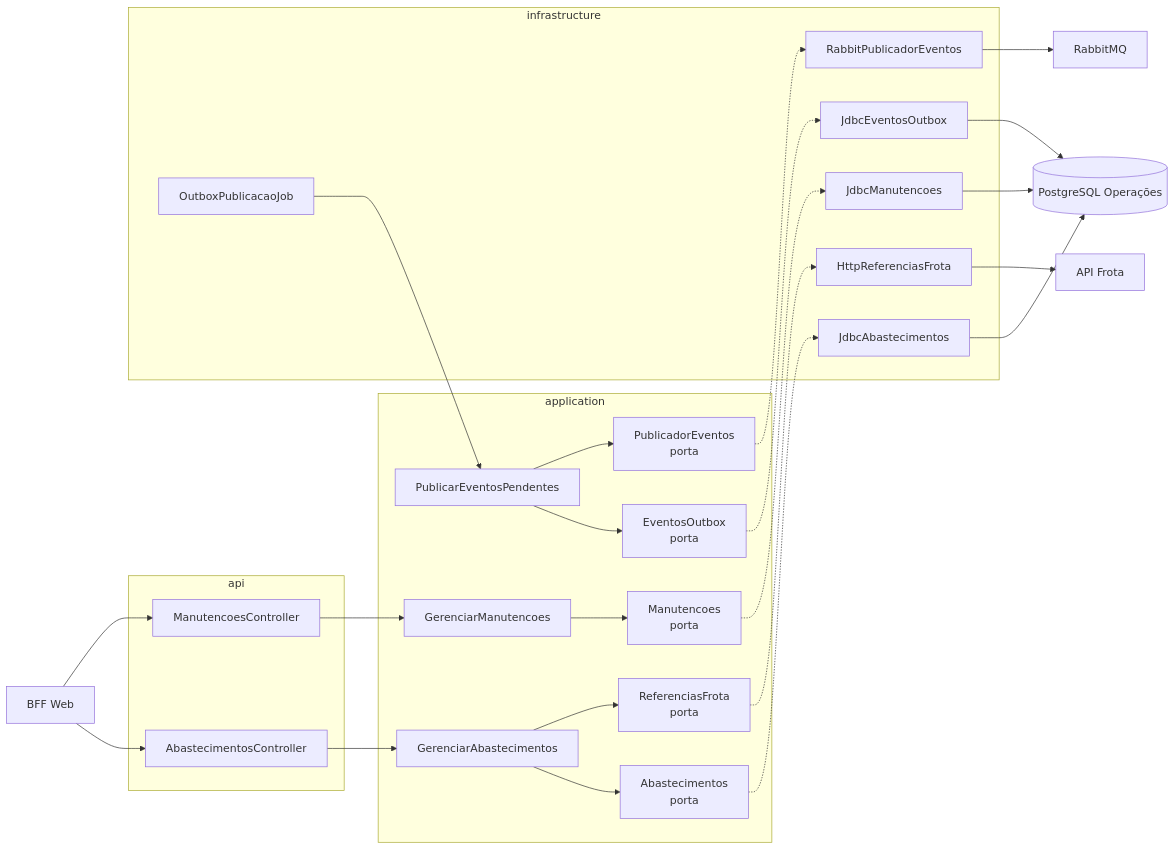
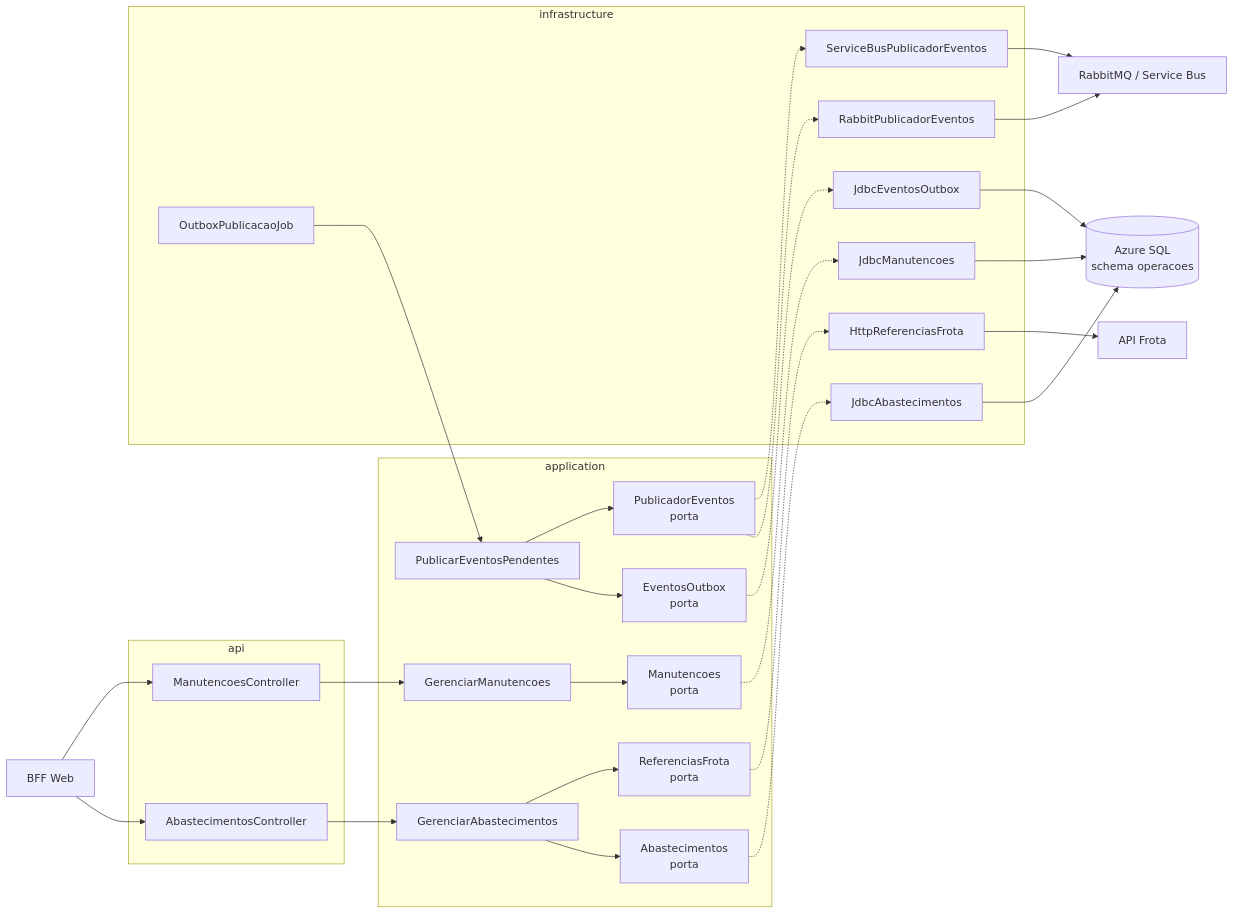
Before and after one commit to mateusblm/nexfleet: the third of 14 diagrams in docs/DIAGRAMAS-ARQUITETURA.md, drawn with Mermaid. The commit also changed other lines of this file, not shown here.

Commit message:
Diagramas da v1.0.0: Frota no MongoDB, demais serviços no Azure SQL por schema e visão consolidada

````diff
--- a/docs/DIAGRAMAS-ARQUITETURA.md
+++ b/docs/DIAGRAMAS-ARQUITETURA.md
@@ -98,53 +95,56 @@
 ```mermaid
 flowchart LR
   bff["BFF Web"]
   frota["API Frota"]
-  rabbit["RabbitMQ"]
-  db[("PostgreSQL Operações")]
+  broker["RabbitMQ / Service Bus"]
+  db[("Azure SQL<br/>schema operacoes")]
 
   subgraph api["api"]
     abastecimentosController["AbastecimentosController"]
     manutencoesController["ManutencoesController"]
   end
 
   subgraph application["application"]
     gerenciarAbastecimentos["GerenciarAbastecimentos"]
     abastecimentosPort["Abastecimentos<br/>porta"]
     referenciasFrotaPort["ReferenciasFrota<br/>porta"]
     gerenciarManutencoes["GerenciarManutencoes"]
     manutencoesPort["Manutencoes<br/>porta"]
     publicarPendentes["PublicarEventosPendentes"]
     eventosOutboxPort["EventosOutbox<br/>porta"]
     publicadorPort["PublicadorEventos<br/>porta"]
   end
 
   subgraph infrastructure["infrastructure"]
     jdbcAbastecimentos["JdbcAbastecimentos"]
     httpReferencias["HttpReferenciasFrota"]
     jdbcManutencoes["JdbcManutencoes"]
     outboxJob["OutboxPublicacaoJob"]
     jdbcOutbox["JdbcEventosOutbox"]
     rabbitPublisher["RabbitPublicadorEventos"]
+    serviceBusPublisher["ServiceBusPublicadorEventos"]
   end
 
   bff --> abastecimentosController
   bff --> manutencoesController
   abastecimentosController --> gerenciarAbastecimentos
   manutencoesController --> gerenciarManutencoes
   gerenciarAbastecimentos --> abastecimentosPort
   gerenciarAbastecimentos --> referenciasFrotaPort
   gerenciarManutencoes --> manutencoesPort
   referenciasFrotaPort -.-> httpReferencias
   abastecimentosPort -.-> jdbcAbastecimentos
   manutencoesPort -.-> jdbcManutencoes
   httpReferencias --> frota
   jdbcAbastecimentos --> db
   jdbcManutencoes --> db
   outboxJob --> publicarPendentes
   publicarPendentes --> eventosOutboxPort
   publicarPendentes --> publicadorPort
   eventosOutboxPort -.-> jdbcOutbox
   publicadorPort -.-> rabbitPublisher
+  publicadorPort -.-> serviceBusPublisher
   jdbcOutbox --> db
-  rabbitPublisher --> rabbit
+  rabbitPublisher --> broker
+  serviceBusPublisher --> broker
 ```
````
